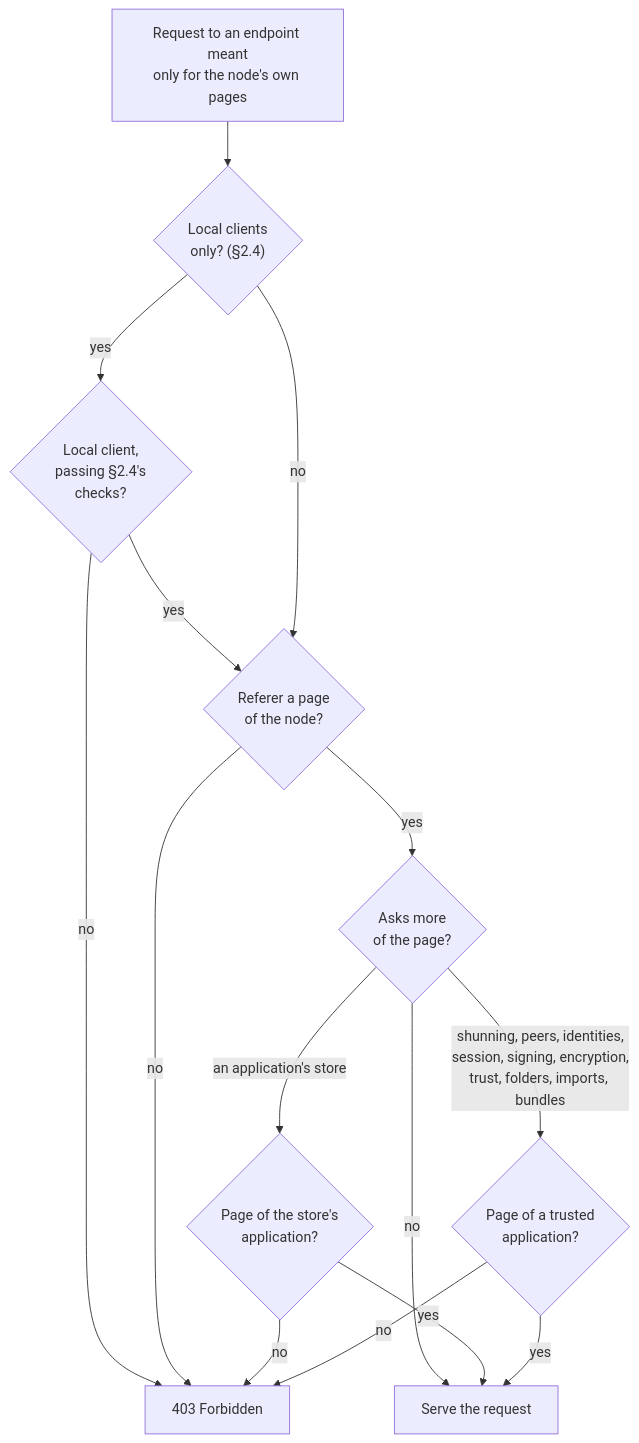
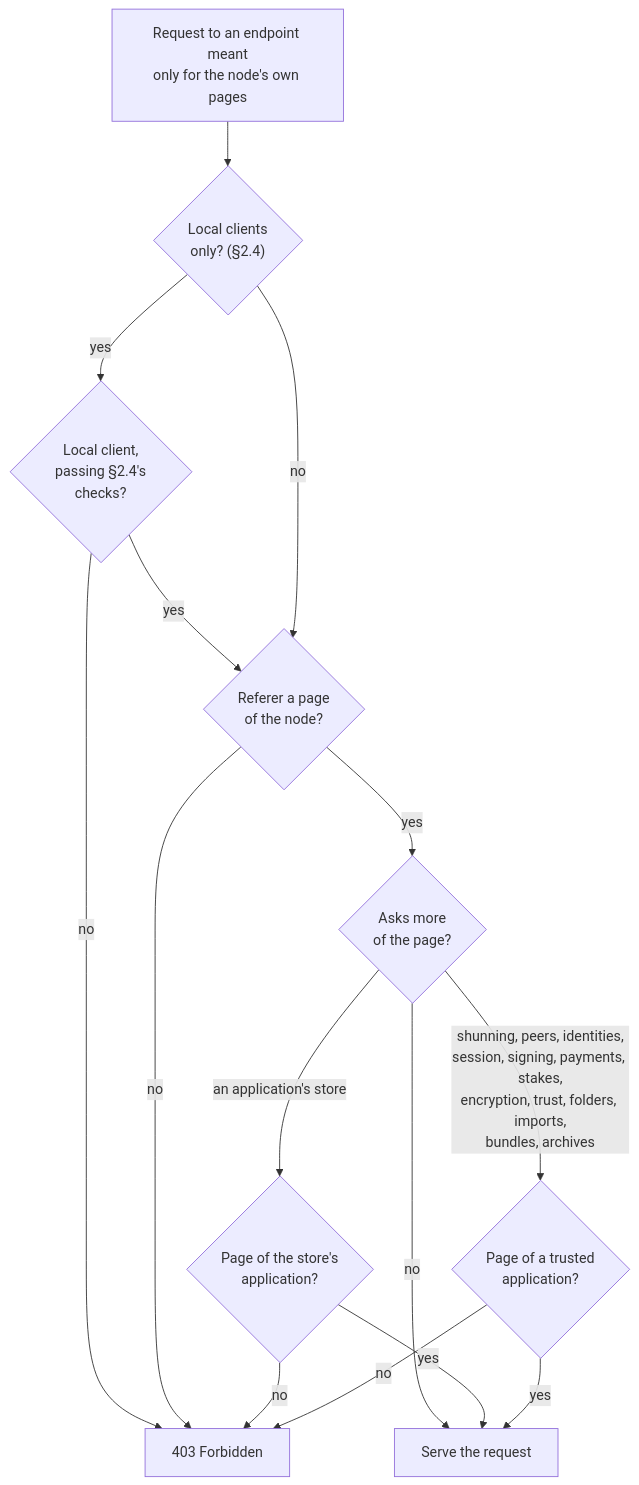
One commit to marcpage/libranet changed the third of 12 diagrams in docs/specs/HttpApi.md. Above: the diagram before and after it, drawn with Mermaid. The commit also changed other lines of this file and 11 other files, not shown here.

````diff
--- a/docs/specs/HttpApi.md
+++ b/docs/specs/HttpApi.md
@@ -491,17 +491,17 @@
 ```mermaid
 flowchart TD
     req["Request to an endpoint meant<br/>only for the node's own pages"] --> only{"Local clients<br/>only? (§2.4)"}
     only -->|yes| local{"Local client,<br/>passing §2.4's<br/>checks?"}
     local -->|no| deny["403 Forbidden"]
     local -->|yes| ref
     only -->|no| ref{"Referer a page<br/>of the node?"}
     ref -->|no| deny
     ref -->|yes| asks{"Asks more<br/>of the page?"}
     asks -->|no| serve["Serve the request"]
     asks -->|"an application's store"| own{"Page of the store's<br/>application?"}
-    asks -->|"shunning, peers, identities,<br/>session, signing, encryption,<br/>trust, folders, imports, bundles"| trusted{"Page of a trusted<br/>application?"}
+    asks -->|"shunning, peers, identities,<br/>session, signing, payments, stakes,<br/>encryption, trust, folders, imports,<br/>bundles, archives"| trusted{"Page of a trusted<br/>application?"}
     own -->|yes| serve
     own -->|no| deny
     trusted -->|yes| serve
     trusted -->|no| deny
 ```
````
